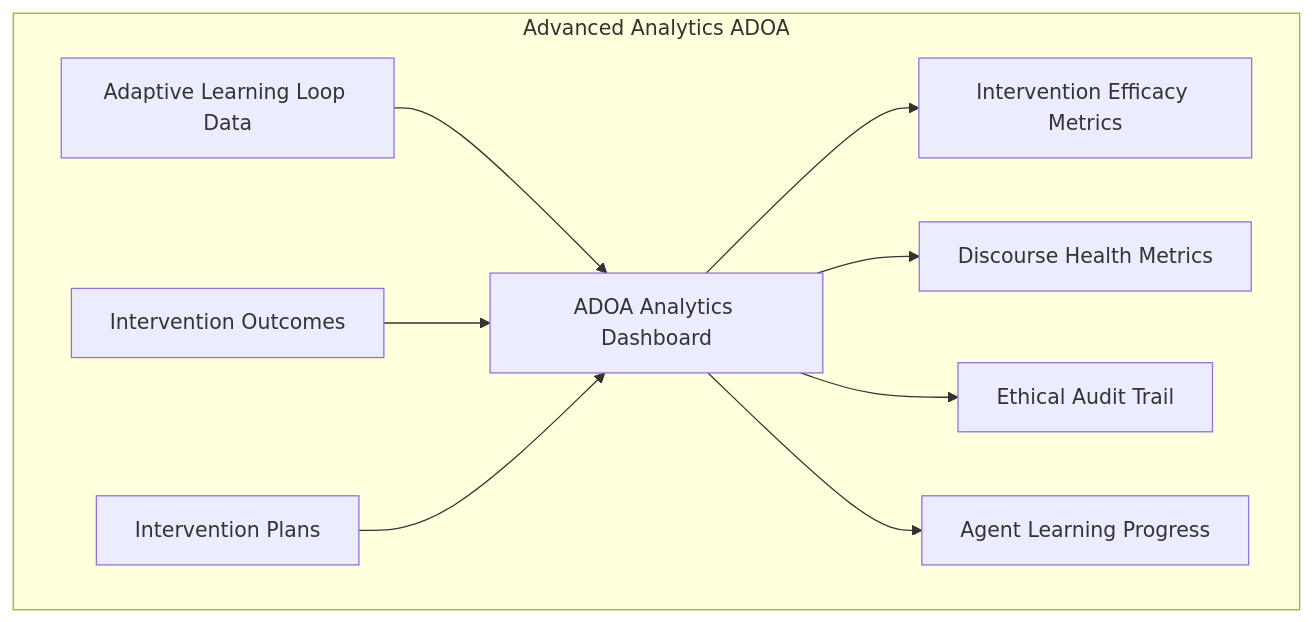
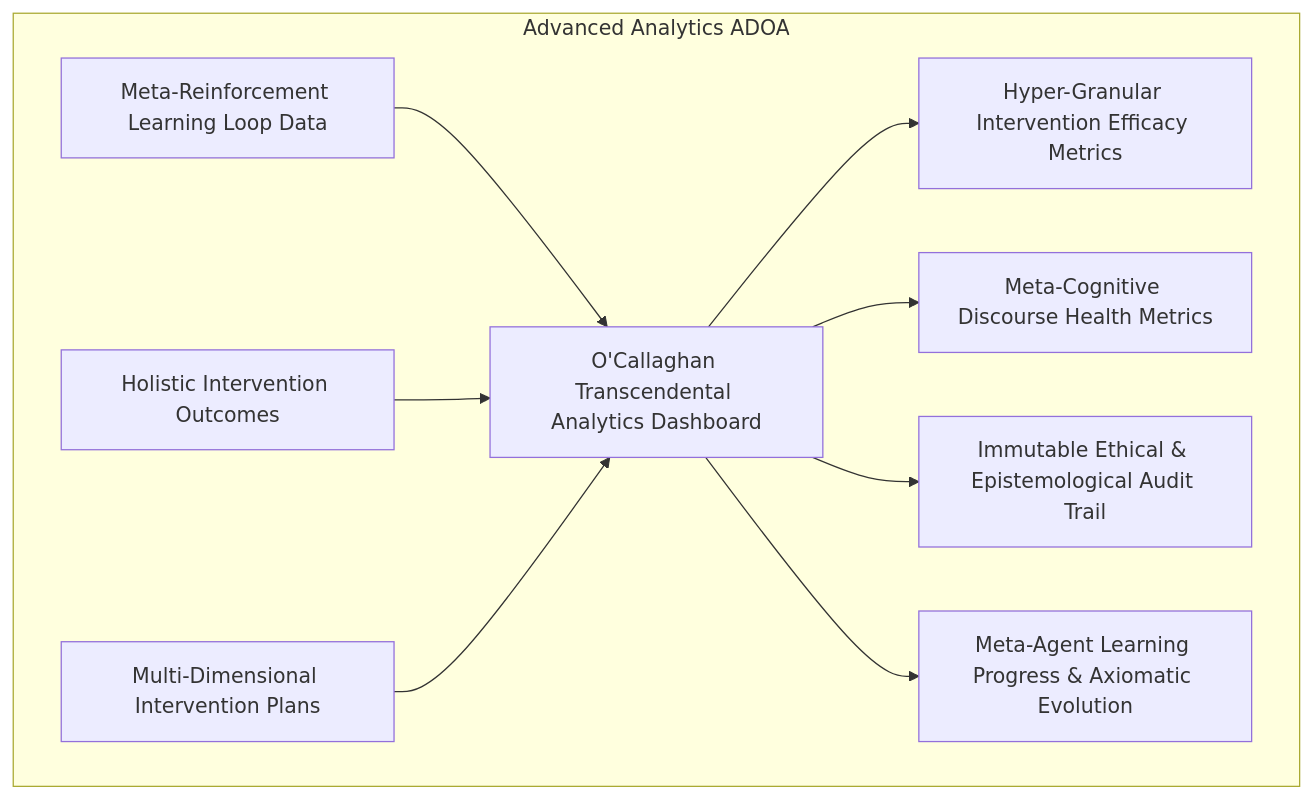
One commit to diplomat-bit/Citibank_Demo_Business_Inc_Demonstration- changed the tenth of 11 diagrams in inventions/inventions/012_holographic_meeting_scribe/015_autonomous_discourse_orchestration_agent.md. Above: the diagram before and after it, drawn with Mermaid. The commit also changed other lines of this file, not shown here.

````diff
--- a/inventions/inventions/012_holographic_meeting_scribe/015_autonomous_discourse_orchestration_agent.md
+++ b/inventions/inventions/012_holographic_meeting_scribe/015_autonomous_discourse_orchestration_agent.md
@@ -465,13 +473,13 @@
 ```mermaid
 graph TD
     subgraph Advanced Analytics ADOA
-        ALRL_DATA[Adaptive Learning Loop Data] --> ANALYTICS_DASHBOARD[ADOA Analytics Dashboard];
-        OUTCOME_OBSERVATION[Intervention Outcomes] --> ANALYTICS_DASHBOARD;
-        INTERVENTION_PLAN[Intervention Plans] --> ANALYTICS_DASHBOARD;
+        MRL_DATA[Meta-Reinforcement Learning Loop Data] --> ANALYTICS_DASHBOARD[O'Callaghan Transcendental Analytics Dashboard];
+        OUTCOME_OBSERVATION[Holistic Intervention Outcomes] --> ANALYTICS_DASHBOARD;
+        INTERVENTION_PLAN[Multi-Dimensional Intervention Plans] --> ANALYTICS_DASHBOARD;
         
-        ANALYTICS_DASHBOARD --> INTERVENTION_EFFICACY[Intervention Efficacy Metrics];
-        ANALYTICS_DASHBOARD --> DISCOURSE_HEALTH_METRICS[Discourse Health Metrics];
-        ANALYTICS_DASHBOARD --> ETHICAL_AUDIT_TRAIL[Ethical Audit Trail];
-        ANALYTICS_DASHBOARD --> AGENT_LEARNING_PROGRESS[Agent Learning Progress];
+        ANALYTICS_DASHBOARD --> INTERVENTION_EFFICACY[Hyper-Granular Intervention Efficacy Metrics];
+        ANALYTICS_DASHBOARD --> DISCOURSE_HEALTH_METRICS[Meta-Cognitive Discourse Health Metrics];
+        ANALYTICS_DASHBOARD --> ETHICAL_AUDIT_TRAIL[Immutable Ethical & Epistemological Audit Trail];
+        ANALYTICS_DASHBOARD --> AGENT_LEARNING_PROGRESS[Meta-Agent Learning Progress & Axiomatic Evolution];
     end
 ```
````
